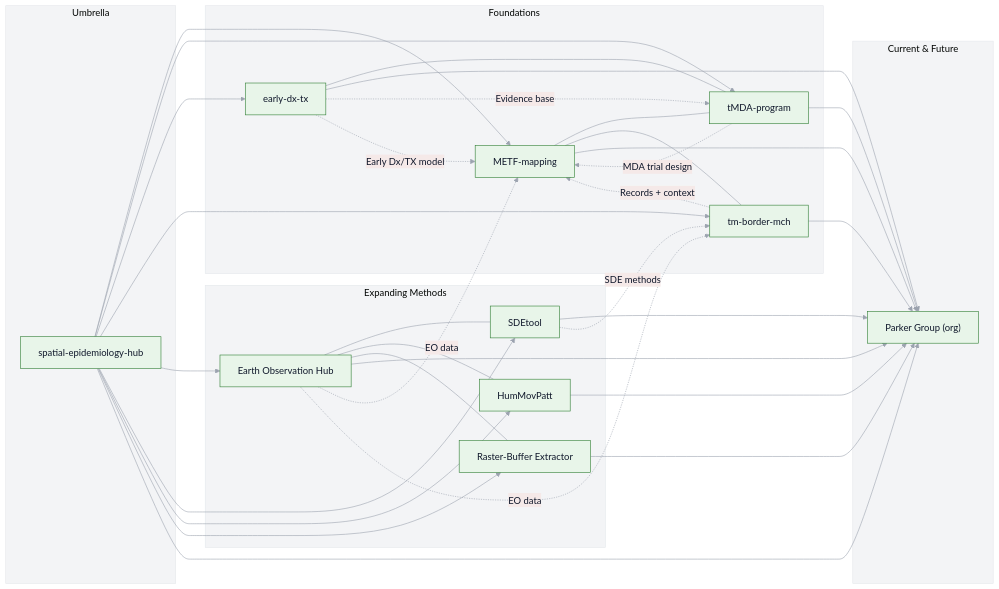
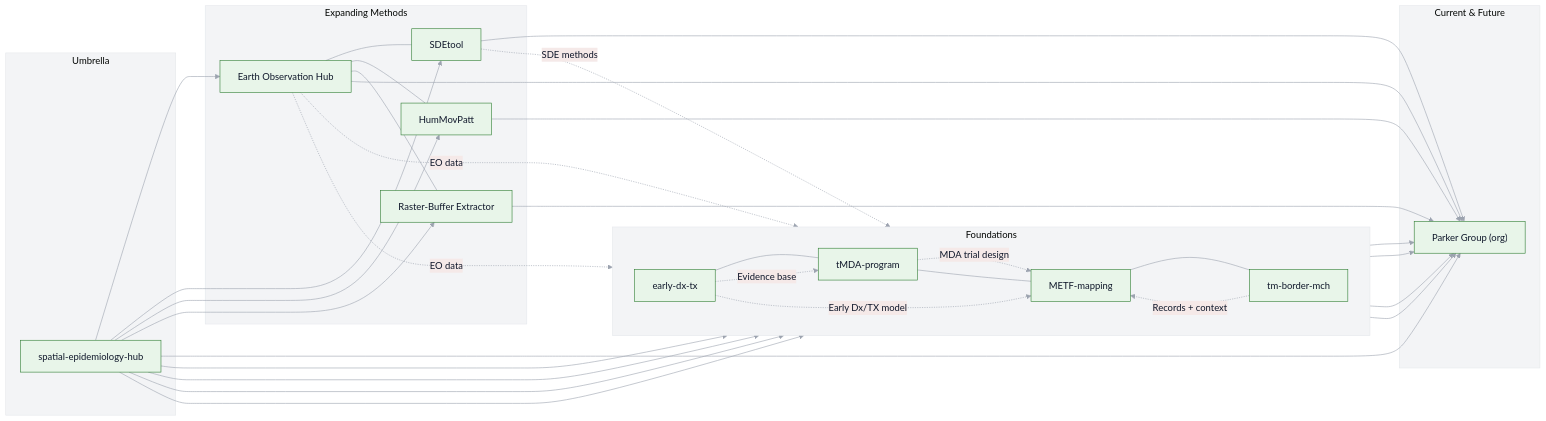
One commit to DMParker1/spatial-epidemiology-hub changed the diagram in README.md. Above: the diagram before and after it, drawn with Mermaid.

````diff
--- a/README.md
+++ b/README.md
@@ -40,72 +40,72 @@
 ```mermaid
 %%{init: {"theme":"base","themeVariables":{
   "background":"#FAFAFA",
   "clusterBkg":"#F3F4F6",
   "clusterBorder":"#E5E7EB",
   "primaryColor":"#E8F5E9",
   "primaryBorderColor":"#2E7D32",
   "primaryTextColor":"#0F172A",
   "lineColor":"#9CA3AF"
 }}}%%
 flowchart LR
   subgraph A[Foundations]
+    direction LR
+    EDT["early-dx-tx"]
+    tMDA["tMDA-program"]
     METF["METF-mapping"]
-    EDT["early-dx-tx"]
     MCH["tm-border-mch"]
-    tMDA["tMDA-program"]
   end
 
   subgraph B[Expanding Methods]
     EO["Earth Observation Hub"]
     SDE["SDEtool"]
     HUM["HumMovPatt"]
     RBE["Raster-Buffer Extractor"]
   end
 
   subgraph C[Umbrella]
     GIS["spatial-epidemiology-hub"]
   end
 
   subgraph D[Current & Future]
     PG["Parker Group (org)"]
   end
 
   %% umbrella links (solid)
   GIS --> METF
   GIS --> tMDA
   GIS --> EDT
   GIS --> MCH
   GIS --> EO
   GIS --> SDE
   GIS --> HUM
   GIS --> RBE
   GIS --> PG
 
   %% method/theme crosslinks (solid)
   EO --- SDE
   EO --- HUM
   EO --- RBE
   METF --- tMDA
   EDT --- tMDA
   METF --- MCH
 
   %% convergence to Parker Group (solid)
   EO --> PG
   SDE --> PG
   HUM --> PG
   RBE --> PG
   METF --> PG
   tMDA --> PG
   EDT --> PG
   MCH --> PG
 
   %% historical/methodological influence (dashed with labels)
   EO -. EO data .-> METF
   EO -. EO data .-> MCH
   SDE -. SDE methods .-> MCH
   EDT -. Evidence base .-> tMDA
   tMDA -. MDA trial design .-> METF
   EDT -. Early Dx/TX model .-> METF
   MCH -. Records + context .-> METF
-
 ```
````
